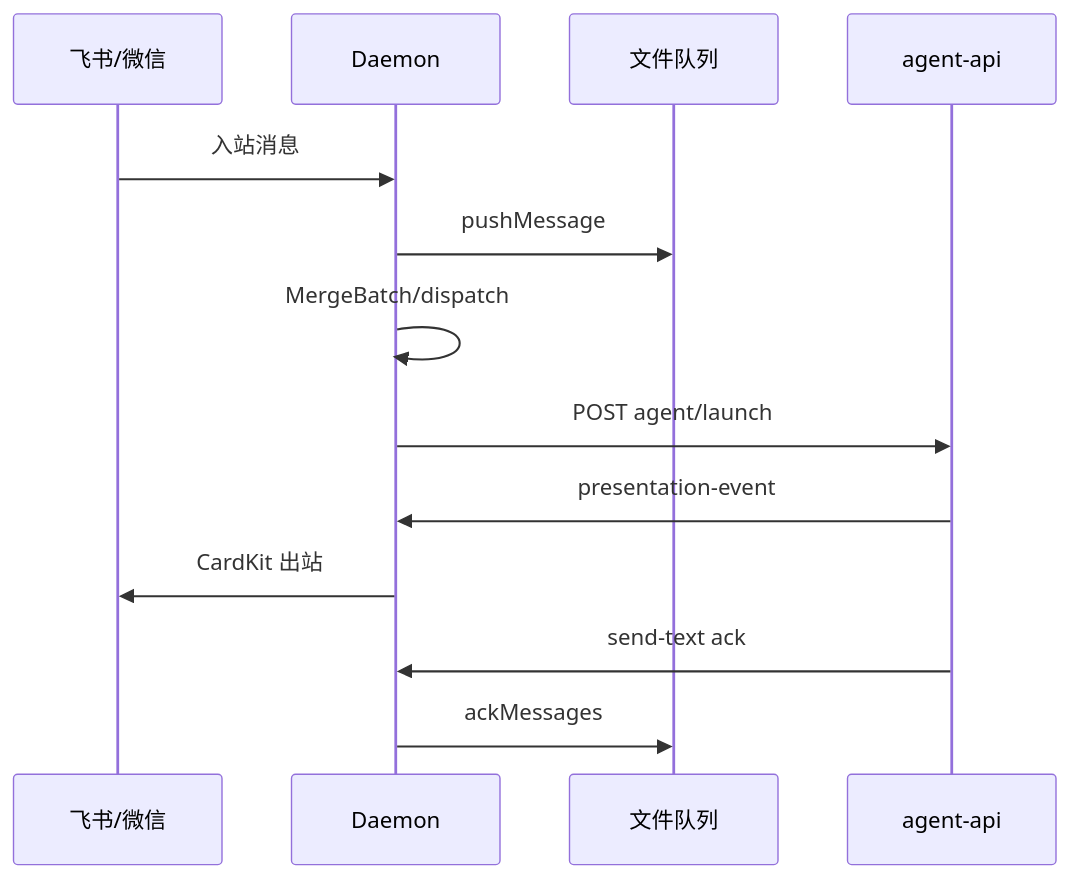
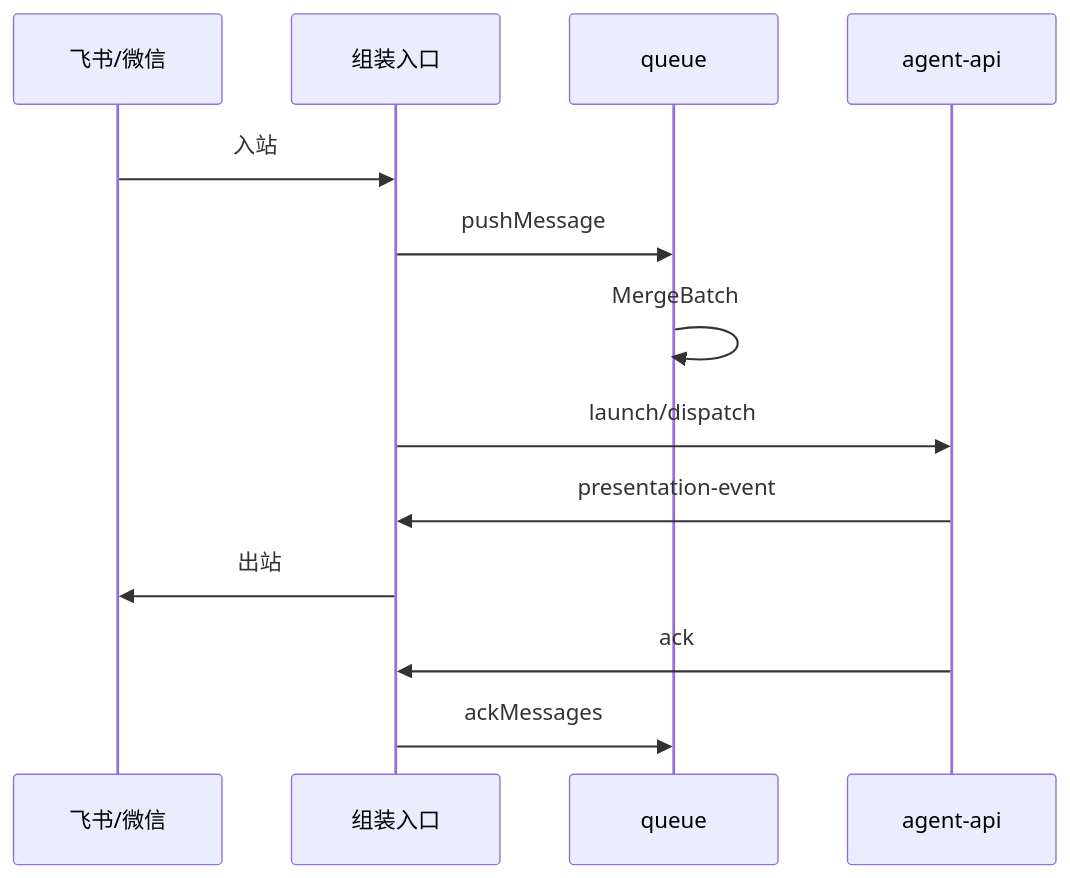
The second of 3 diagrams in knowledge/工程平台/Daemon守护进程/01-概览.md (suveng/cursor-claw), drawn with Mermaid before and after one commit. The commit also changed other lines of this file and 29 other files, not shown here.

````diff
--- a/knowledge/工程平台/Daemon守护进程/01-概览.md
+++ b/knowledge/工程平台/Daemon守护进程/01-概览.md
@@ -34,15 +39,15 @@
 ```mermaid
 sequenceDiagram
   participant IM as 飞书/微信
-  participant D as Daemon
-  participant Q as 文件队列
+  participant D as 组装入口
+  participant Q as queue
   participant E as agent-api
-  IM->>D: 入站消息
+  IM->>D: 入站
   D->>Q: pushMessage
-  D->>D: MergeBatch/dispatch
-  D->>E: POST agent/launch
+  Q->>Q: MergeBatch
+  D->>E: launch/dispatch
   E->>D: presentation-event
-  D->>IM: CardKit 出站
-  E->>D: send-text ack
+  D->>IM: 出站
+  E->>D: ack
   D->>Q: ackMessages
 ```
````
